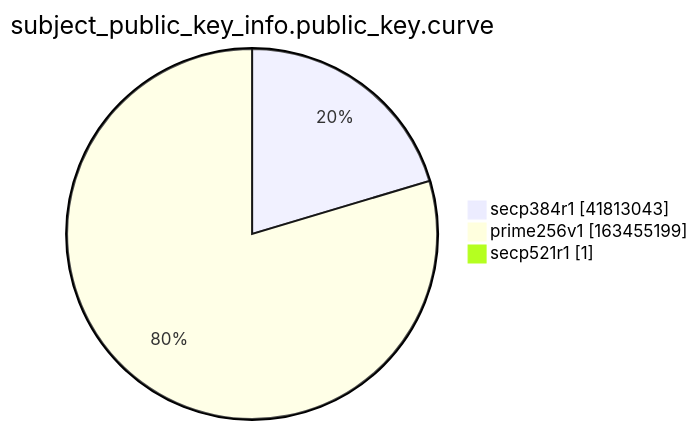
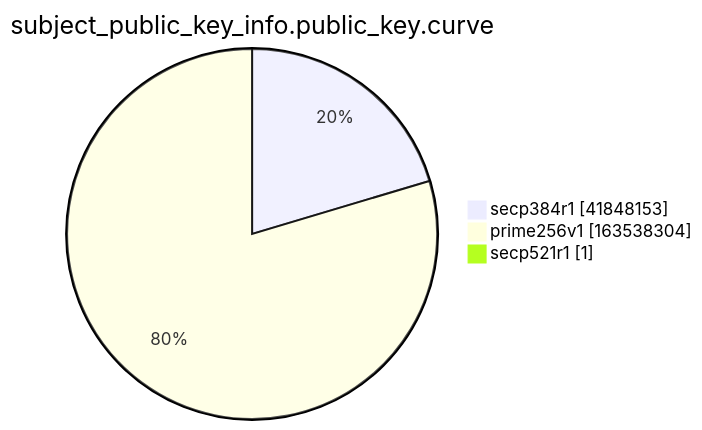
The ninth of 15 diagrams in xenon2022/README.md (christiankrug/ctmonitor_visualization), drawn with Mermaid before and after one commit. The commit also changed other lines of this file, not shown here.

````diff
--- a/xenon2022/README.md
+++ b/xenon2022/README.md
@@ -2869,7 +2869,7 @@
 ```mermaid
 pie showData
 title subject_public_key_info.public_key.curve
-"secp384r1" :41813043
-"prime256v1" :163455199
+"secp384r1" :41848153
+"prime256v1" :163538304
 "secp521r1" :1
 ```
````
